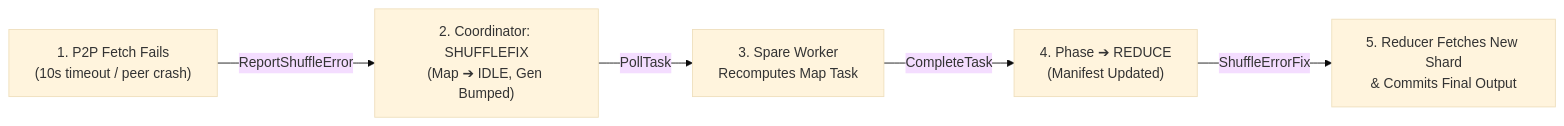
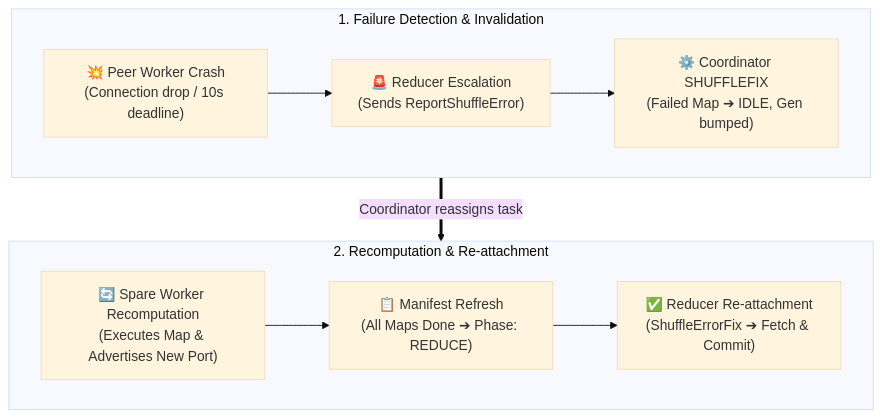
One commit to Ging1Freecss/map_reduce_ changed the fourth of 5 diagrams in README.md. Above: the diagram before and after it, drawn with Mermaid (base theme).

````diff
--- a/README.md
+++ b/README.md
@@ -185,7 +185,18 @@
 ```mermaid
-flowchart LR
-    A["1. P2P Fetch Fails<br/>(10s timeout / peer crash)"] -->|ReportShuffleError| B["2. Coordinator: SHUFFLEFIX<br/>(Map ➔ IDLE, Gen Bumped)"]
-    B -->|PollTask| C["3. Spare Worker<br/>Recomputes Map Task"]
-    C -->|CompleteTask| D["4. Phase ➔ REDUCE<br/>(Manifest Updated)"]
-    D -->|ShuffleErrorFix| E["5. Reducer Fetches New Shard<br/>& Commits Final Output"]
+flowchart TD
+    subgraph Escalation ["1. Failure Detection & Invalidation"]
+        direction LR
+        N1["💥 Peer Worker Crash<br/>(Connection drop / 10s deadline)"] 
+        --> N2["🚨 Reducer Escalation<br/>(Sends ReportShuffleError)"]
+        --> N3["⚙️ Coordinator SHUFFLEFIX<br/>(Failed Map ➔ IDLE, Gen bumped)"]
+    end
+
+    subgraph Recovery ["2. Recomputation & Re-attachment"]
+        direction LR
+        N4["🔄 Spare Worker Recomputation<br/>(Executes Map & Advertises New Port)"]
+        --> N5["📋 Manifest Refresh<br/>(All Maps Done ➔ Phase: REDUCE)"]
+        --> N6["✅ Reducer Re-attachment<br/>(ShuffleErrorFix ➔ Fetch & Commit)"]
+    end
+
+    Escalation ==>|Coordinator reassigns task| Recovery
 ```
````
